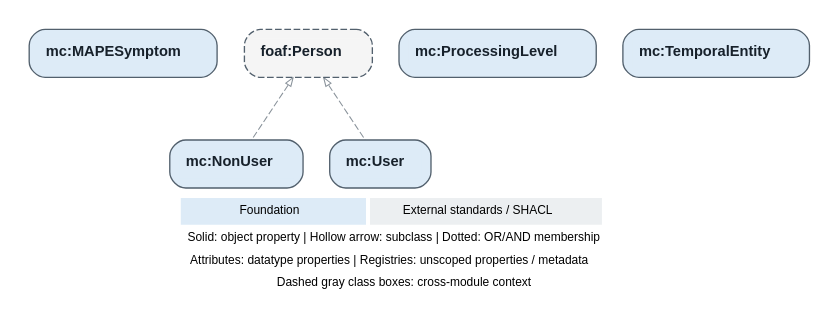
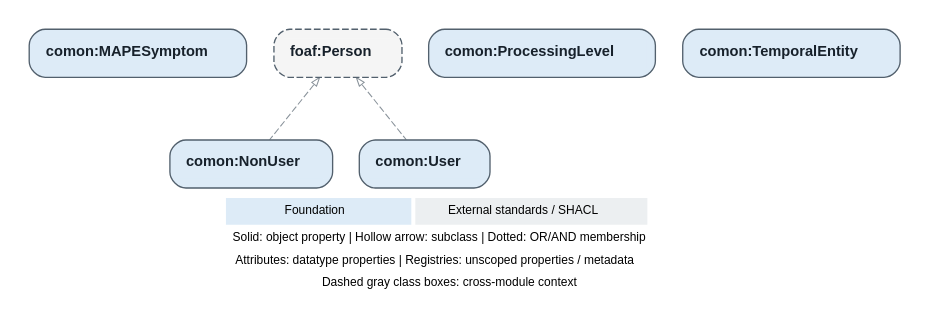
Before and after one commit to MauronMP/Continuum_Monitoring: the diagram in ontology/diagrams/sources/modules/foundation.dot, drawn with Graphviz. The commit also changed 1451 other files, not shown here.

```diff
--- a/ontology/diagrams/sources/modules/foundation.dot
+++ b/ontology/diagrams/sources/modules/foundation.dot
@@ -1,19 +1,19 @@
 digraph ontology {
   graph [rankdir=TB, bgcolor="white", margin=0, pad="0.20", nodesep="0.28",
          ranksep="0.65", splines=polyline, outputorder=edgesfirst,
          fontname="Helvetica", fontnames="svg", labelloc=b, labeljust=c];
   node [shape=box, style="rounded,filled", color="#52606D",
         fillcolor="white", fontcolor="#17212B", fontname="Helvetica",
         fontsize=11, margin="0.10,0.07", penwidth=1.0];
   edge [color="#64717D", fontcolor="#26323C", fontname="Helvetica",
         fontsize=9, arrowsize=0.65, penwidth=0.8];
   label=<<TABLE BORDER="0" CELLBORDER="0" CELLSPACING="3"><TR><TD BGCOLOR="#DDEBF7" CELLPADDING="5"><FONT POINT-SIZE="9">Foundation</FONT></TD><TD BGCOLOR="#ECEFF1" CELLPADDING="5"><FONT POINT-SIZE="9">External standards / SHACL</FONT></TD></TR><TR><TD COLSPAN="3"><FONT POINT-SIZE="9">Solid: object property | Hollow arrow: subclass | Dotted: OR/AND membership</FONT></TD></TR><TR><TD COLSPAN="3"><FONT POINT-SIZE="9">Attributes: datatype properties | Registries: unscoped properties / metadata</FONT></TD></TR><TR><TD COLSPAN="3"><FONT POINT-SIZE="9">Dashed gray class boxes: cross-module context</FONT></TD></TR></TABLE>>;
-  "http://example.org/monitoringcontinuum#MAPESymptom" [label=<<TABLE BORDER="0" CELLBORDER="0" CELLSPACING="0" CELLPADDING="5"><TR><TD BGCOLOR="#DDEBF7" ALIGN="LEFT"><B>mc:MAPESymptom</B></TD></TR></TABLE>>, fillcolor="#DDEBF7", tooltip="http://example.org/monitoringcontinuum#MAPESymptom"];
-  "http://example.org/monitoringcontinuum#NonUser" [label=<<TABLE BORDER="0" CELLBORDER="0" CELLSPACING="0" CELLPADDING="5"><TR><TD BGCOLOR="#DDEBF7" ALIGN="LEFT"><B>mc:NonUser</B></TD></TR></TABLE>>, fillcolor="#DDEBF7", tooltip="http://example.org/monitoringcontinuum#NonUser"];
-  "http://example.org/monitoringcontinuum#ProcessingLevel" [label=<<TABLE BORDER="0" CELLBORDER="0" CELLSPACING="0" CELLPADDING="5"><TR><TD BGCOLOR="#DDEBF7" ALIGN="LEFT"><B>mc:ProcessingLevel</B></TD></TR></TABLE>>, fillcolor="#DDEBF7", tooltip="http://example.org/monitoringcontinuum#ProcessingLevel"];
-  "http://example.org/monitoringcontinuum#TemporalEntity" [label=<<TABLE BORDER="0" CELLBORDER="0" CELLSPACING="0" CELLPADDING="5"><TR><TD BGCOLOR="#DDEBF7" ALIGN="LEFT"><B>mc:TemporalEntity</B></TD></TR></TABLE>>, fillcolor="#DDEBF7", tooltip="http://example.org/monitoringcontinuum#TemporalEntity"];
-  "http://example.org/monitoringcontinuum#User" [label=<<TABLE BORDER="0" CELLBORDER="0" CELLSPACING="0" CELLPADDING="5"><TR><TD BGCOLOR="#DDEBF7" ALIGN="LEFT"><B>mc:User</B></TD></TR></TABLE>>, fillcolor="#DDEBF7", tooltip="http://example.org/monitoringcontinuum#User"];
+  "http://example.org/monitoringcontinuum#MAPESymptom" [label=<<TABLE BORDER="0" CELLBORDER="0" CELLSPACING="0" CELLPADDING="5"><TR><TD BGCOLOR="#DDEBF7" ALIGN="LEFT"><B>comon:MAPESymptom</B></TD></TR></TABLE>>, fillcolor="#DDEBF7", tooltip="http://example.org/monitoringcontinuum#MAPESymptom"];
+  "http://example.org/monitoringcontinuum#NonUser" [label=<<TABLE BORDER="0" CELLBORDER="0" CELLSPACING="0" CELLPADDING="5"><TR><TD BGCOLOR="#DDEBF7" ALIGN="LEFT"><B>comon:NonUser</B></TD></TR></TABLE>>, fillcolor="#DDEBF7", tooltip="http://example.org/monitoringcontinuum#NonUser"];
+  "http://example.org/monitoringcontinuum#ProcessingLevel" [label=<<TABLE BORDER="0" CELLBORDER="0" CELLSPACING="0" CELLPADDING="5"><TR><TD BGCOLOR="#DDEBF7" ALIGN="LEFT"><B>comon:ProcessingLevel</B></TD></TR></TABLE>>, fillcolor="#DDEBF7", tooltip="http://example.org/monitoringcontinuum#ProcessingLevel"];
+  "http://example.org/monitoringcontinuum#TemporalEntity" [label=<<TABLE BORDER="0" CELLBORDER="0" CELLSPACING="0" CELLPADDING="5"><TR><TD BGCOLOR="#DDEBF7" ALIGN="LEFT"><B>comon:TemporalEntity</B></TD></TR></TABLE>>, fillcolor="#DDEBF7", tooltip="http://example.org/monitoringcontinuum#TemporalEntity"];
+  "http://example.org/monitoringcontinuum#User" [label=<<TABLE BORDER="0" CELLBORDER="0" CELLSPACING="0" CELLPADDING="5"><TR><TD BGCOLOR="#DDEBF7" ALIGN="LEFT"><B>comon:User</B></TD></TR></TABLE>>, fillcolor="#DDEBF7", tooltip="http://example.org/monitoringcontinuum#User"];
   "http://xmlns.com/foaf/0.1/Person" [label=<<TABLE BORDER="0" CELLBORDER="0" CELLSPACING="0" CELLPADDING="5"><TR><TD BGCOLOR="#F5F5F5" ALIGN="LEFT"><B>foaf:Person</B></TD></TR></TABLE>>, fillcolor="#F5F5F5", tooltip="http://xmlns.com/foaf/0.1/Person", style="rounded,dashed,filled"];
   "http://xmlns.com/foaf/0.1/Person" -> "http://example.org/monitoringcontinuum#NonUser" [dir=back, arrowtail=empty, style=dashed, color="#8A939B", weight=2];
   "http://xmlns.com/foaf/0.1/Person" -> "http://example.org/monitoringcontinuum#User" [dir=back, arrowtail=empty, style=dashed, color="#8A939B", weight=2];
 }
```
